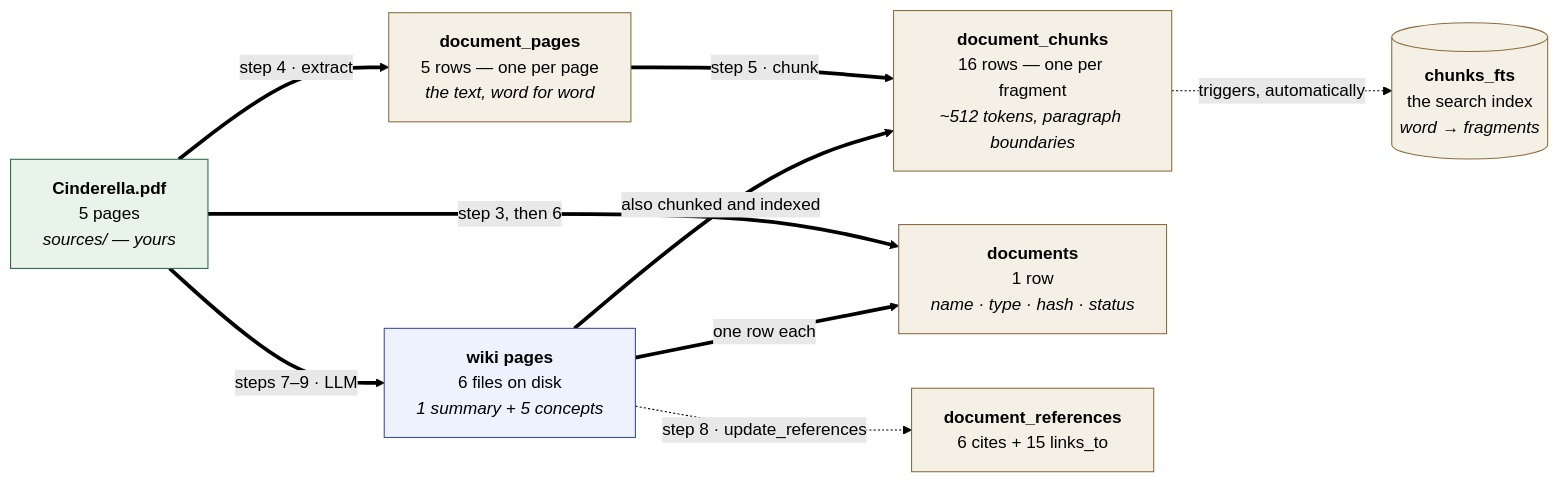
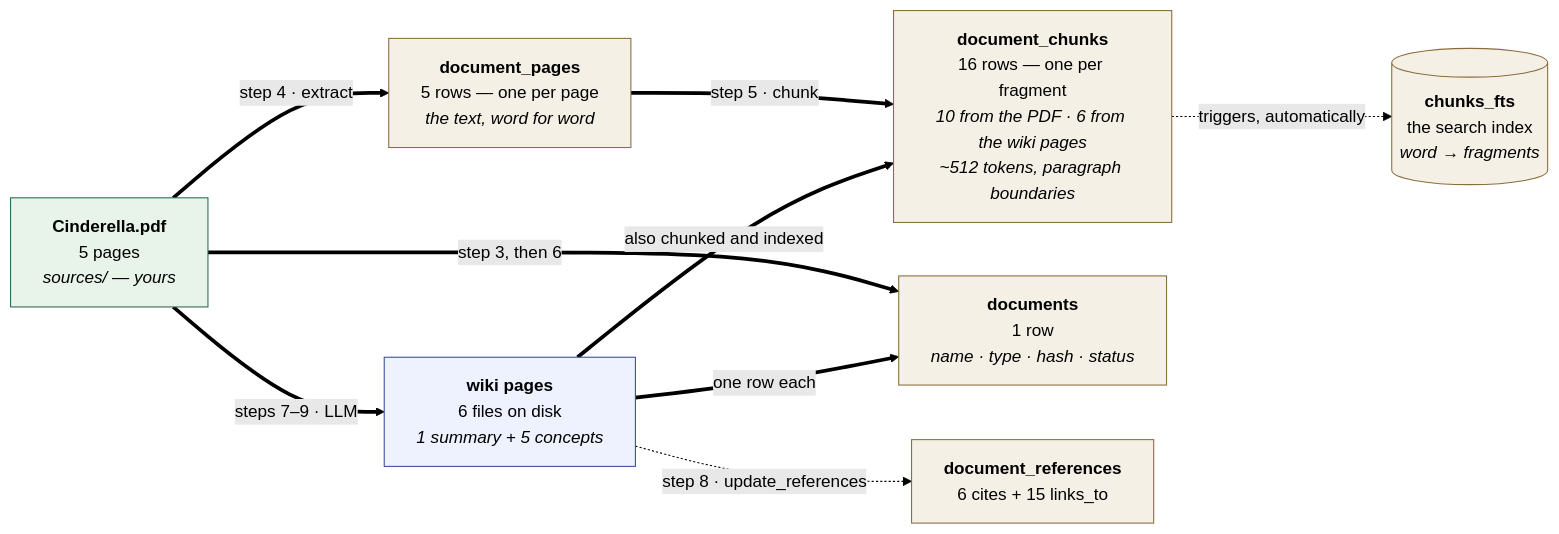
The second of 5 diagrams in docs/ingestion_walkthrough.md (Clod/llmwiki-marimo), drawn with Mermaid (forest theme) before and after one commit. The commit also changed other lines of this file, not shown here.

````diff
--- a/docs/ingestion_walkthrough.md
+++ b/docs/ingestion_walkthrough.md
@@ -544,22 +551,22 @@
 ```mermaid
 flowchart LR
     PDF["<b>Cinderella.pdf</b><br/>5 pages<br/><i>sources/ — yours</i>"]
 
     PDF ==>|"step 4 · extract"| PAGES["<b>document_pages</b><br/>5 rows — one per page<br/><i>the text, word for word</i>"]
-    PAGES ==>|"step 5 · chunk"| CH["<b>document_chunks</b><br/>16 rows — one per fragment<br/><i>~512 tokens, paragraph boundaries</i>"]
+    PAGES ==>|"step 5 · chunk"| CH["<b>document_chunks</b><br/>16 rows — one per fragment<br/><i>10 from the PDF · 6 from the wiki pages</i><br/><i>~512 tokens, paragraph boundaries</i>"]
     CH -.->|"triggers, automatically"| FTS[("<b>chunks_fts</b><br/>the search index<br/><i>word → fragments</i>")]
     PDF ==>|"step 3, then 6"| DOC["<b>documents</b><br/>1 row<br/><i>name · type · hash · status</i>"]
 
     PDF ==>|"steps 7–9 · LLM"| WP["<b>wiki pages</b><br/>6 files on disk<br/><i>1 summary + 5 concepts</i>"]
     WP ==>|"also chunked and indexed"| CH
     WP ==>|"one row each"| DOC
     WP -.->|"step 8 · update_references"| REF["<b>document_references</b><br/>6 cites + 15 links_to"]
 
     style PDF fill:#e8f4ea,stroke:#2d6a4f
     style WP fill:#eef2ff,stroke:#3b4d9b
     style DOC fill:#f5f0e6,stroke:#8a6d3b
     style PAGES fill:#f5f0e6,stroke:#8a6d3b
     style CH fill:#f5f0e6,stroke:#8a6d3b
     style REF fill:#f5f0e6,stroke:#8a6d3b
     style FTS fill:#f5f0e6,stroke:#8a6d3b
 ```
````
